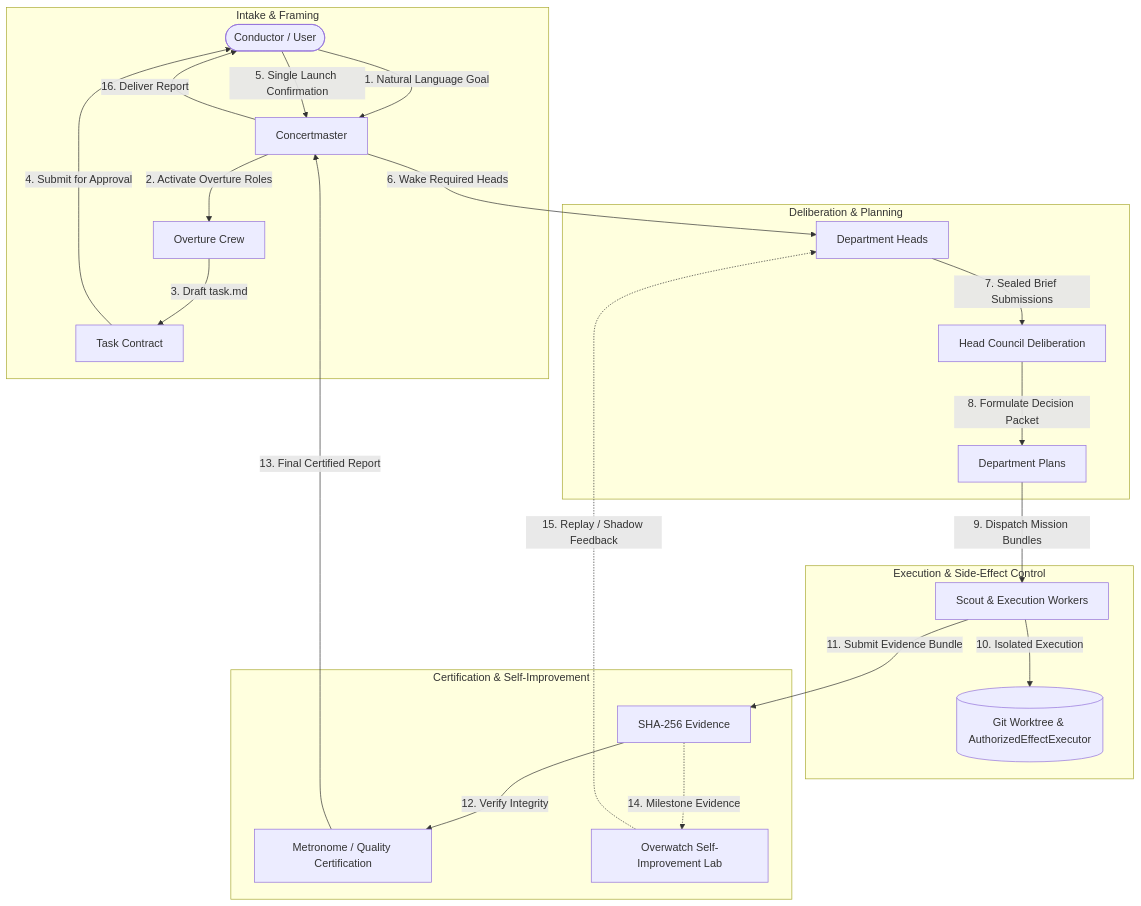
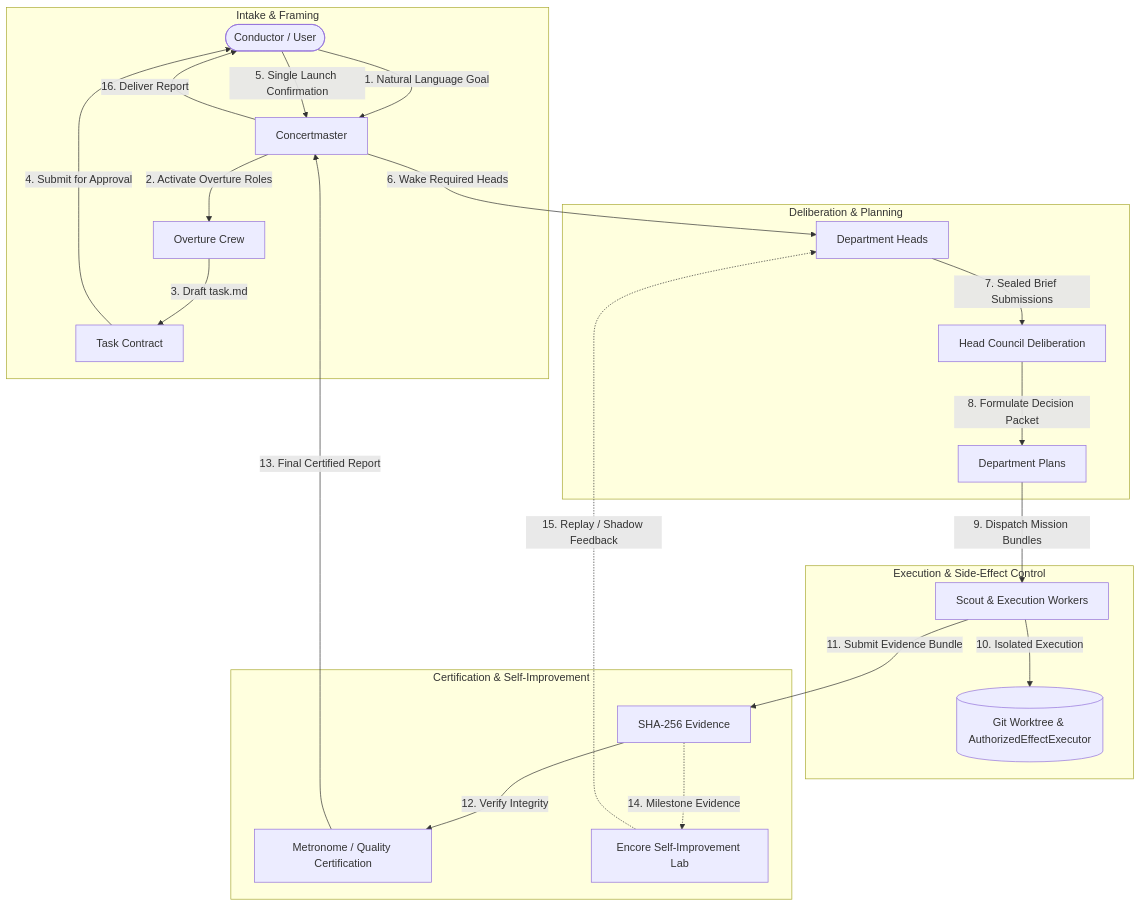
The diagram in README.md (noth3dev/maestro), drawn with Mermaid before and after one commit. The commit also changed other lines of this file and 6 other files, not shown here.

Commit message:
docs: align self-improvement component terminology to Encore (Encore Learning & Improvement Lab)

````diff
--- a/README.md
+++ b/README.md
@@ -61,33 +61,33 @@
 ```mermaid
 flowchart TD
     CONDUCTOR([Conductor / User]) -->|1. Natural Language Goal| CONCERTMASTER[Concertmaster]
     
     subgraph IntakePhase [Intake & Framing]
         CONCERTMASTER -->|2. Activate Overture Roles| OC[Overture Crew]
         OC -->|3. Draft task.md| TC[Task Contract]
         TC -->|4. Submit for Approval| CONDUCTOR
     end
     
     CONDUCTOR -->|5. Single Launch Confirmation| CONCERTMASTER
     
     subgraph DeliberationPhase [Deliberation & Planning]
         CONCERTMASTER -->|6. Wake Required Heads| DH[Department Heads]
         DH -->|7. Sealed Brief Submissions| HC[Head Council Deliberation]
         HC -->|8. Formulate Decision Packet| DP[Department Plans]
     end
     
     subgraph ExecutionPhase [Execution & Side-Effect Control]
         DP -->|9. Dispatch Mission Bundles| W[Scout & Execution Workers]
         W -->|10. Isolated Execution| GIT[(Git Worktree & AuthorizedEffectExecutor)]
     end
     
     subgraph VerificationPhase [Certification & Self-Improvement]
         W -->|11. Submit Evidence Bundle| EB[SHA-256 Evidence]
         EB -->|12. Verify Integrity| METRONOME[Metronome / Quality Certification]
         METRONOME -->|13. Final Certified Report| CONCERTMASTER
-        EB -.->|14. Milestone Evidence| OW[Overwatch Self-Improvement Lab]
+        EB -.->|14. Milestone Evidence| OW[Encore Self-Improvement Lab]
         OW -.->|15. Replay / Shadow Feedback| DH
     end
     
     CONCERTMASTER -->|16. Deliver Report| CONDUCTOR
 ```
````
